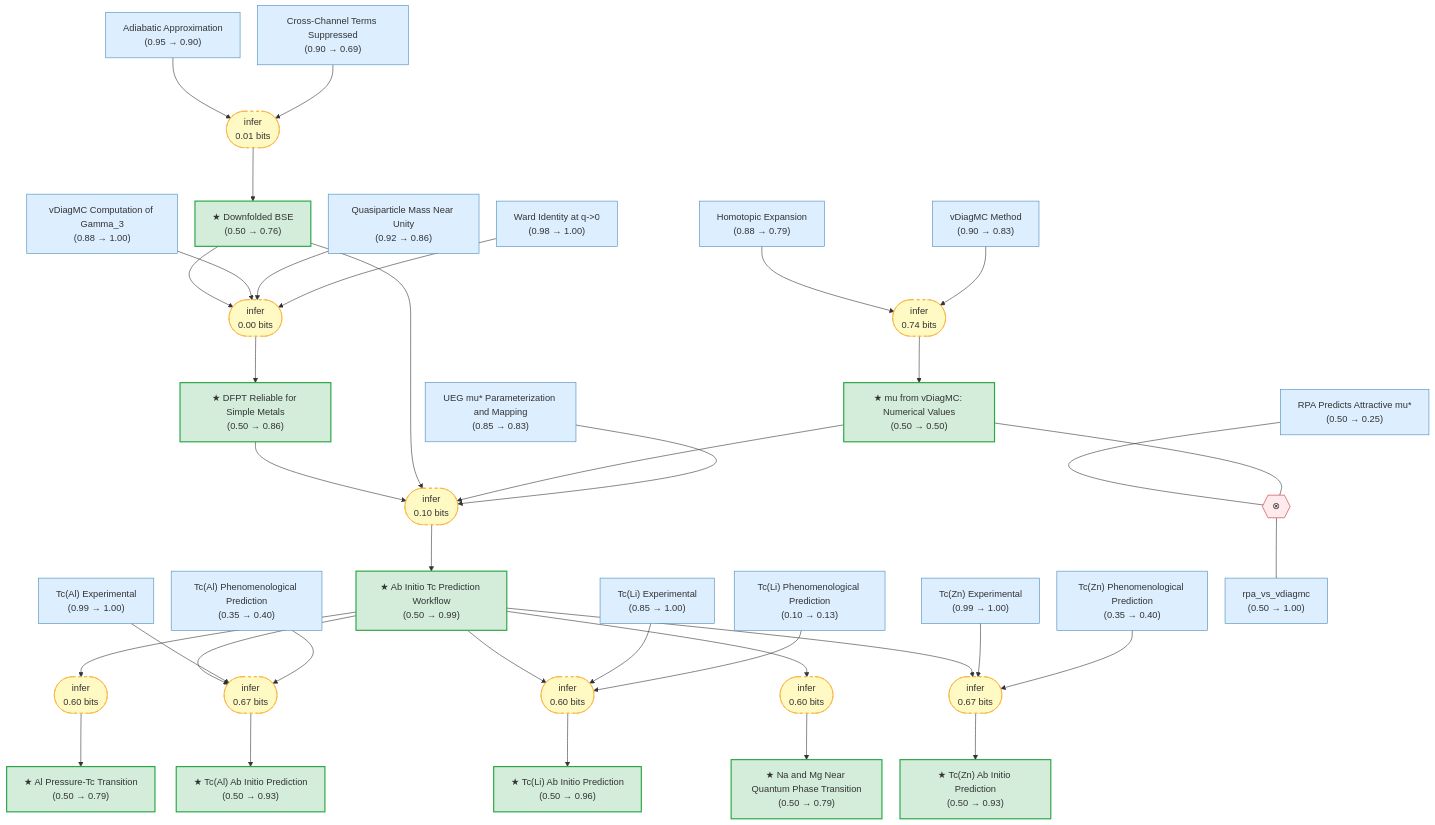
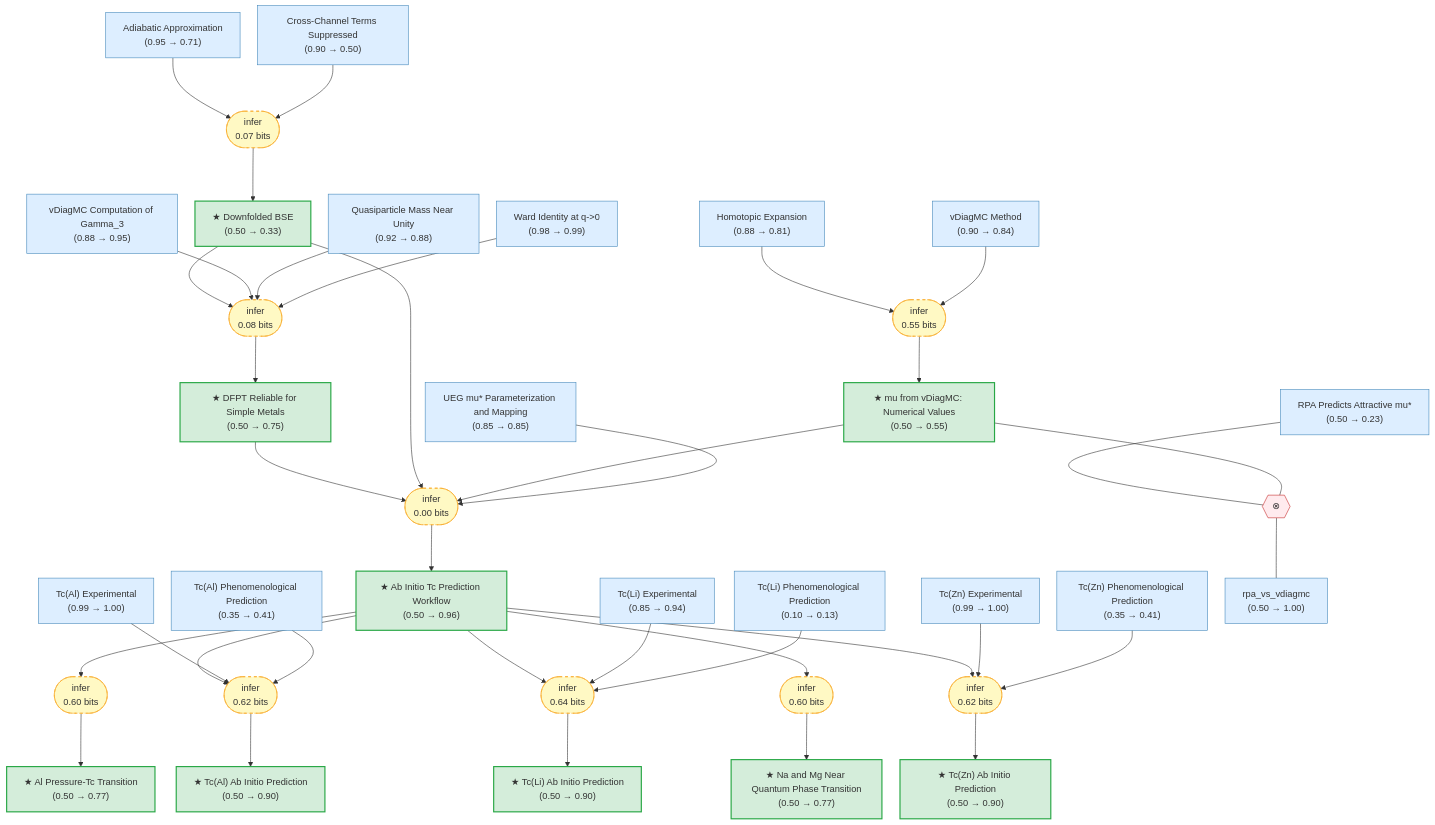
Before and after one commit to kunyuan/SuperconductivityElectronLiquids.gaia: the diagram in .github-output/README.md, drawn with Mermaid. The commit also changed other lines of this file and 24 other files, not shown here.

```diff
--- a/.github-output/README.md
+++ b/.github-output/README.md
@@ -20,40 +20,40 @@
     nodeSpacing: 30
 ---
 graph TB
-    adiabatic_approx["Adiabatic Approximation\n(0.95 → 0.90)"]:::premise
+    adiabatic_approx["Adiabatic Approximation\n(0.95 → 0.71)"]:::premise
     tc_al_experimental["Tc(Al) Experimental\n(0.99 → 1.00)"]:::premise
-    tc_li_experimental["Tc(Li) Experimental\n(0.85 → 1.00)"]:::premise
+    tc_li_experimental["Tc(Li) Experimental\n(0.85 → 0.94)"]:::premise
     tc_zn_experimental["Tc(Zn) Experimental\n(0.99 → 1.00)"]:::premise
-    tc_al_phenomenological["Tc(Al) Phenomenological Prediction\n(0.35 → 0.40)"]:::premise
+    tc_al_phenomenological["Tc(Al) Phenomenological Prediction\n(0.35 → 0.41)"]:::premise
     tc_li_phenomenological["Tc(Li) Phenomenological Prediction\n(0.10 → 0.13)"]:::premise
-    tc_zn_phenomenological["Tc(Zn) Phenomenological Prediction\n(0.35 → 0.40)"]:::premise
-    cross_term_suppressed["Cross-Channel Terms Suppressed\n(0.90 → 0.69)"]:::premise
-    downfolded_bse["★ Downfolded BSE\n(0.50 → 0.76)"]:::exported
-    vdiagmc_method["vDiagMC Method\n(0.90 → 0.83)"]:::premise
-    homotopic_expansion["Homotopic Expansion\n(0.88 → 0.79)"]:::premise
-    mu_vdiagmc_values["★ mu from vDiagMC: Numerical Values\n(0.50 → 0.50)"]:::exported
-    ward_identity["Ward Identity at q->0\n(0.98 → 1.00)"]:::premise
-    gamma3_vdiagmc["vDiagMC Computation of Gamma_3\n(0.88 → 1.00)"]:::premise
-    quasiparticle_mass_near_unity["Quasiparticle Mass Near Unity\n(0.92 → 0.86)"]:::premise
-    dfpt_reliable_for_simple_metals["★ DFPT Reliable for Simple Metals\n(0.50 → 0.86)"]:::exported
-    ueg_pseudopotential_parameterization["UEG mu#ast; Parameterization and Mapping\n(0.85 → 0.83)"]:::premise
-    ab_initio_workflow["★ Ab Initio Tc Prediction Workflow\n(0.50 → 0.99)"]:::exported
-    tc_al_predicted["★ Tc(Al) Ab Initio Prediction\n(0.50 → 0.93)"]:::exported
-    tc_zn_predicted["★ Tc(Zn) Ab Initio Prediction\n(0.50 → 0.93)"]:::exported
-    tc_li_predicted["★ Tc(Li) Ab Initio Prediction\n(0.50 → 0.96)"]:::exported
-    al_pressure_transition["★ Al Pressure-Tc Transition\n(0.50 → 0.79)"]:::exported
-    tc_mg_na_near_qpt["★ Na and Mg Near Quantum Phase Transition\n(0.50 → 0.79)"]:::exported
-    rpa_predicts_attractive_mu["RPA Predicts Attractive mu#ast;\n(0.50 → 0.25)"]:::premise
+    tc_zn_phenomenological["Tc(Zn) Phenomenological Prediction\n(0.35 → 0.41)"]:::premise
+    cross_term_suppressed["Cross-Channel Terms Suppressed\n(0.90 → 0.50)"]:::premise
+    downfolded_bse["★ Downfolded BSE\n(0.50 → 0.33)"]:::exported
+    vdiagmc_method["vDiagMC Method\n(0.90 → 0.84)"]:::premise
+    homotopic_expansion["Homotopic Expansion\n(0.88 → 0.81)"]:::premise
+    mu_vdiagmc_values["★ mu from vDiagMC: Numerical Values\n(0.50 → 0.55)"]:::exported
+    ward_identity["Ward Identity at q->0\n(0.98 → 0.99)"]:::premise
+    gamma3_vdiagmc["vDiagMC Computation of Gamma_3\n(0.88 → 0.95)"]:::premise
+    quasiparticle_mass_near_unity["Quasiparticle Mass Near Unity\n(0.92 → 0.88)"]:::premise
+    dfpt_reliable_for_simple_metals["★ DFPT Reliable for Simple Metals\n(0.50 → 0.75)"]:::exported
+    ueg_pseudopotential_parameterization["UEG mu#ast; Parameterization and Mapping\n(0.85 → 0.85)"]:::premise
+    ab_initio_workflow["★ Ab Initio Tc Prediction Workflow\n(0.50 → 0.96)"]:::exported
+    tc_al_predicted["★ Tc(Al) Ab Initio Prediction\n(0.50 → 0.90)"]:::exported
+    tc_zn_predicted["★ Tc(Zn) Ab Initio Prediction\n(0.50 → 0.90)"]:::exported
+    tc_li_predicted["★ Tc(Li) Ab Initio Prediction\n(0.50 → 0.90)"]:::exported
+    al_pressure_transition["★ Al Pressure-Tc Transition\n(0.50 → 0.77)"]:::exported
+    tc_mg_na_near_qpt["★ Na and Mg Near Quantum Phase Transition\n(0.50 → 0.77)"]:::exported
     rpa_vs_vdiagmc["rpa_vs_vdiagmc\n(0.50 → 1.00)"]:::premise
+    rpa_predicts_attractive_mu["RPA Predicts Attractive mu#ast;\n(0.50 → 0.23)"]:::premise
     strat_0(["infer\n0.60 bits"]):::weak
     ab_initio_workflow --> strat_0
     strat_0 --> al_pressure_transition
-    strat_1(["infer\n0.67 bits"]):::weak
+    strat_1(["infer\n0.62 bits"]):::weak
     ab_initio_workflow --> strat_1
     tc_al_experimental --> strat_1
     tc_al_phenomenological --> strat_1
     strat_1 --> tc_al_predicted
-    strat_2(["infer\n0.60 bits"]):::weak
+    strat_2(["infer\n0.64 bits"]):::weak
     ab_initio_workflow --> strat_2
     tc_li_experimental --> strat_2
     tc_li_phenomenological --> strat_2
@@ -61,28 +61,28 @@
     strat_3(["infer\n0.60 bits"]):::weak
     ab_initio_workflow --> strat_3
     strat_3 --> tc_mg_na_near_qpt
-    strat_4(["infer\n0.67 bits"]):::weak
+    strat_4(["infer\n0.62 bits"]):::weak
     ab_initio_workflow --> strat_4
     tc_zn_experimental --> strat_4
     tc_zn_phenomenological --> strat_4
     strat_4 --> tc_zn_predicted
-    strat_5(["infer\n0.01 bits"]):::weak
+    strat_5(["infer\n0.07 bits"]):::weak
     adiabatic_approx --> strat_5
     cross_term_suppressed --> strat_5
     strat_5 --> downfolded_bse
-    strat_6(["infer\n0.10 bits"]):::weak
+    strat_6(["infer\n0.00 bits"]):::weak
     dfpt_reliable_for_simple_metals --> strat_6
     downfolded_bse --> strat_6
     mu_vdiagmc_values --> strat_6
     ueg_pseudopotential_parameterization --> strat_6
     strat_6 --> ab_initio_workflow
-    strat_7(["infer\n0.00 bits"]):::weak
+    strat_7(["infer\n0.08 bits"]):::weak
     downfolded_bse --> strat_7
     gamma3_vdiagmc --> strat_7
     quasiparticle_mass_near_unity --> strat_7
     ward_identity --> strat_7
     strat_7 --> dfpt_reliable_for_simple_metals
-    strat_8(["infer\n0.74 bits"]):::weak
+    strat_8(["infer\n0.55 bits"]):::weak
     homotopic_expansion --> strat_8
     vdiagmc_method --> strat_8
     strat_8 --> mu_vdiagmc_values
```
